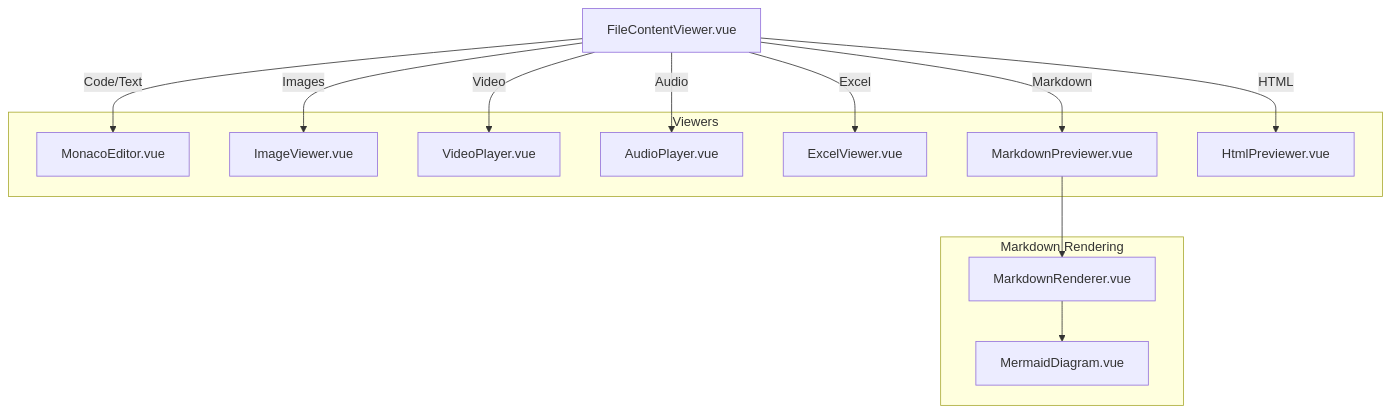
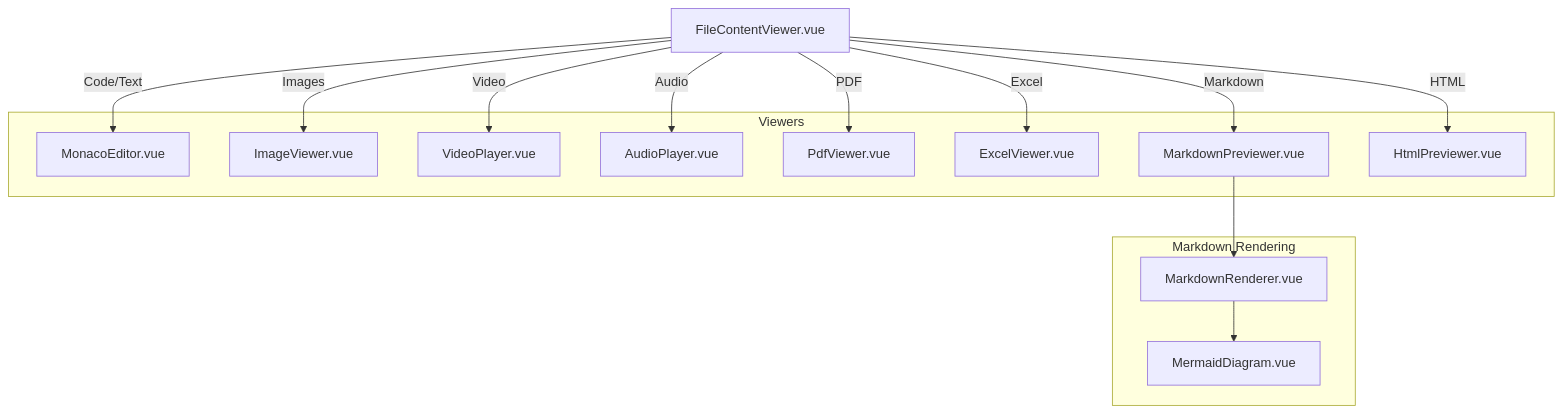
Before and after one commit to AutoByteus/autobyteus-workspace: the diagram in autobyteus-web/docs/content_rendering.md, drawn with Mermaid. The commit also changed other lines of this file and 33 other files, not shown here.

````diff
--- a/autobyteus-web/docs/content_rendering.md
+++ b/autobyteus-web/docs/content_rendering.md
@@ -13,30 +13,32 @@
 ```mermaid
 flowchart TD
     FileContentViewer[FileContentViewer.vue]
 
     subgraph "Viewers"
         MonacoEditor[MonacoEditor.vue]
         ImageViewer[ImageViewer.vue]
         VideoPlayer[VideoPlayer.vue]
         AudioPlayer[AudioPlayer.vue]
+        PdfViewer[PdfViewer.vue]
         ExcelViewer[ExcelViewer.vue]
         MarkdownPreviewer[MarkdownPreviewer.vue]
         HtmlPreviewer[HtmlPreviewer.vue]
     end
 
     subgraph "Markdown Rendering"
         MarkdownRenderer[MarkdownRenderer.vue]
         MermaidDiagram[MermaidDiagram.vue]
     end
 
     FileContentViewer -->|Code/Text| MonacoEditor
     FileContentViewer -->|Images| ImageViewer
     FileContentViewer -->|Video| VideoPlayer
     FileContentViewer -->|Audio| AudioPlayer
+    FileContentViewer -->|PDF| PdfViewer
     FileContentViewer -->|Excel| ExcelViewer
     FileContentViewer -->|Markdown| MarkdownPreviewer
     FileContentViewer -->|HTML| HtmlPreviewer
 
     MarkdownPreviewer --> MarkdownRenderer
     MarkdownRenderer --> MermaidDiagram
 ```
````
